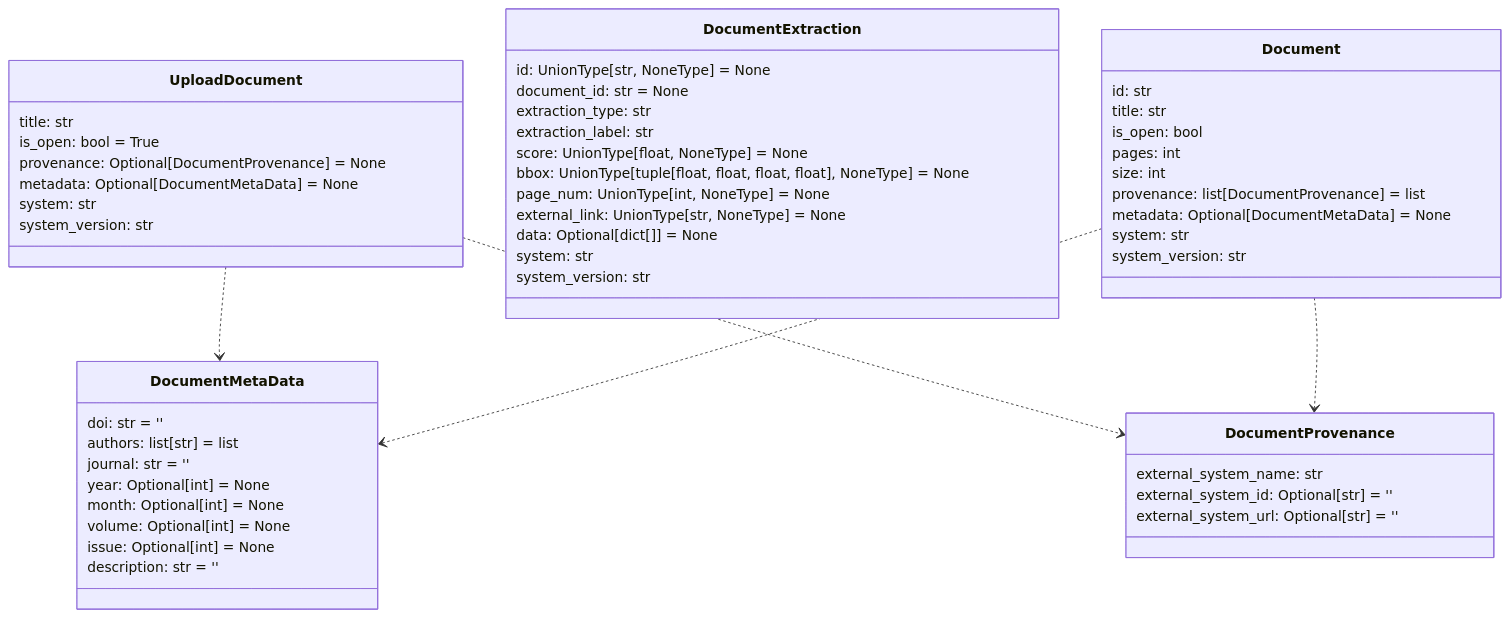
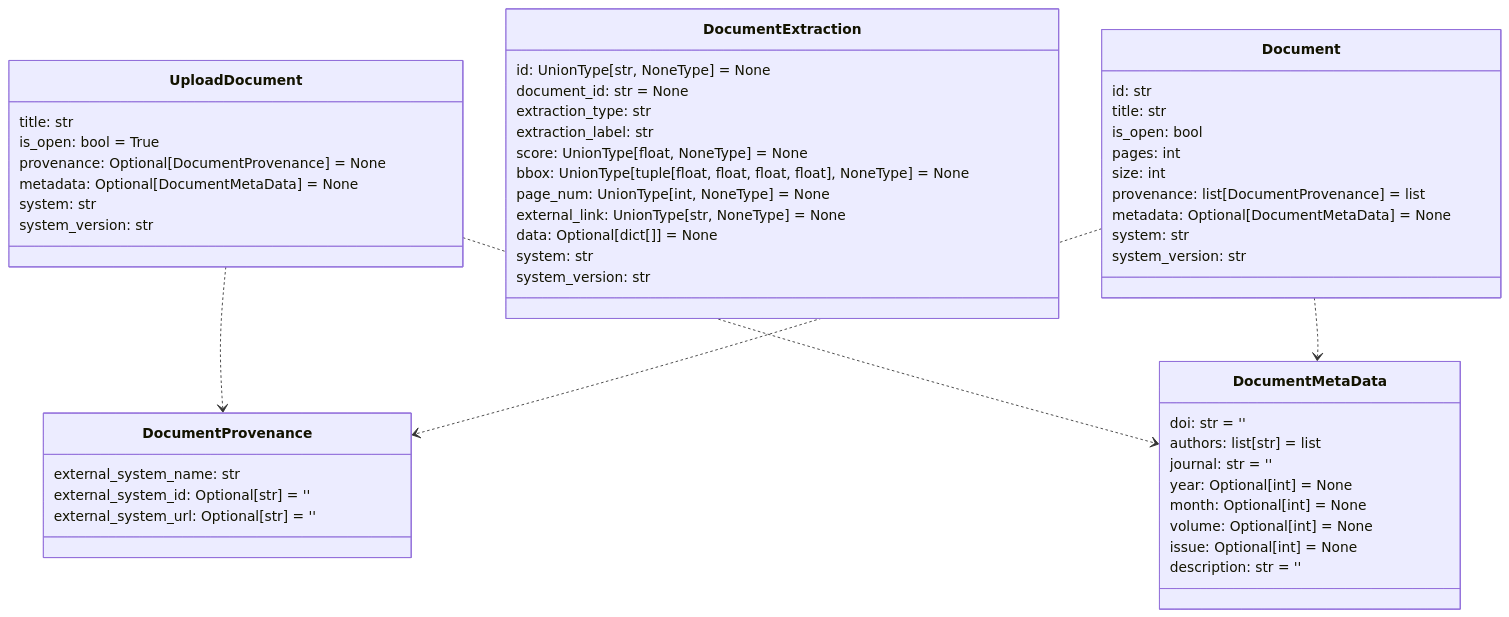
The ninth of 12 diagrams in README.md (DARPA-CRITICALMAAS/cdr_schemas), drawn with Mermaid before and after one commit. The commit also changed other lines of this file and 3 other files, not shown here.

````diff
--- a/README.md
+++ b/README.md
@@ -625,62 +578,62 @@
 ```mermaid
 classDiagram
+
+    class DocumentProvenance {
+        external_system_name: str
+        external_system_id: Optional[str] = ''
+        external_system_url: Optional[str] = ''
+    }
 
     class UploadDocument {
         title: str
         is_open: bool = True
         provenance: Optional[DocumentProvenance] = None
         metadata: Optional[DocumentMetaData] = None
         system: str
         system_version: str
     }
 
     class DocumentExtraction {
         id: UnionType[str, NoneType] = None
         document_id: str = None
         extraction_type: str
         extraction_label: str
         score: UnionType[float, NoneType] = None
         bbox: UnionType[tuple[float, float, float, float], NoneType] = None
         page_num: UnionType[int, NoneType] = None
         external_link: UnionType[str, NoneType] = None
         data: Optional[dict[]] = None
         system: str
         system_version: str
     }
 
+    class DocumentMetaData {
+        doi: str = ''
+        authors: list[str] = list
+        journal: str = ''
+        year: Optional[int] = None
+        month: Optional[int] = None
+        volume: Optional[int] = None
+        issue: Optional[int] = None
+        description: str = ''
+    }
+
     class Document {
         id: str
         title: str
         is_open: bool
         pages: int
         size: int
         provenance: list[DocumentProvenance] = list
         metadata: Optional[DocumentMetaData] = None
         system: str
         system_version: str
     }
 
-    class DocumentMetaData {
-        doi: str = ''
-        authors: list[str] = list
-        journal: str = ''
-        year: Optional[int] = None
-        month: Optional[int] = None
-        volume: Optional[int] = None
-        issue: Optional[int] = None
-        description: str = ''
-    }
-
-    class DocumentProvenance {
-        external_system_name: str
-        external_system_id: Optional[str] = ''
-        external_system_url: Optional[str] = ''
-    }
-
+    UploadDocument ..> DocumentProvenance
     UploadDocument ..> DocumentMetaData
-    UploadDocument ..> DocumentProvenance
+    Document ..> DocumentProvenance
     Document ..> DocumentMetaData
-    Document ..> DocumentProvenance
 
 
 ```
````
